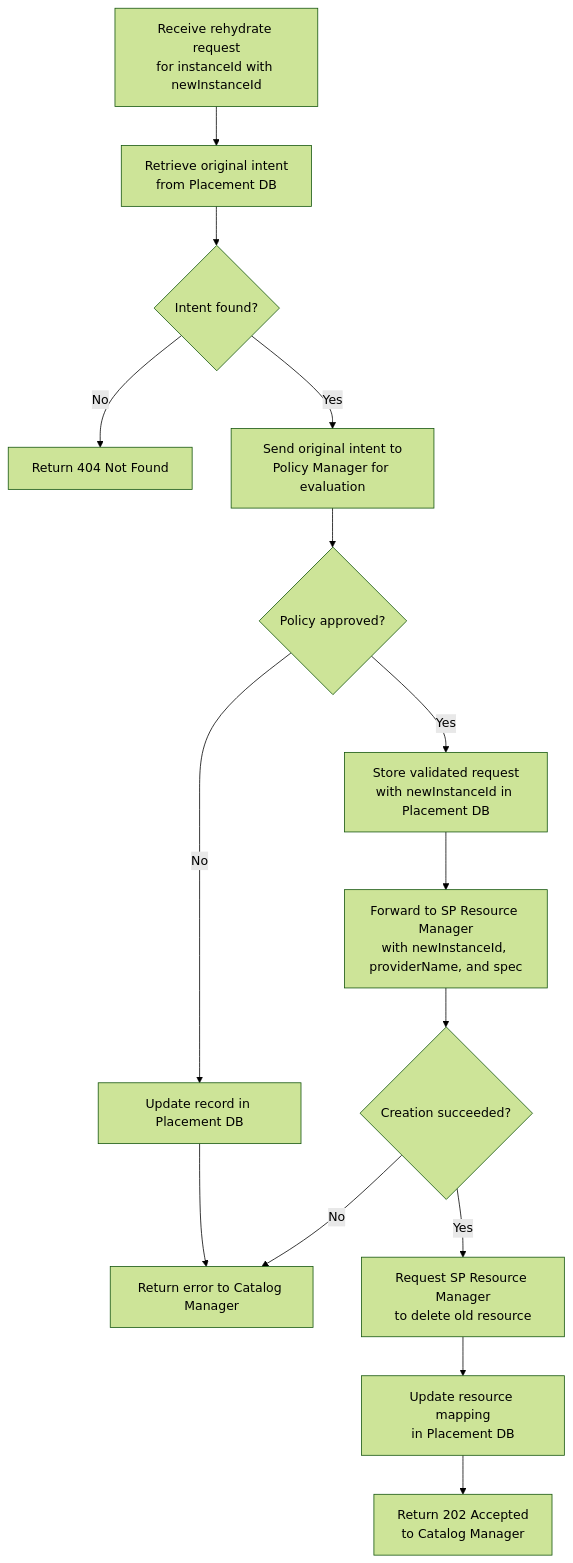
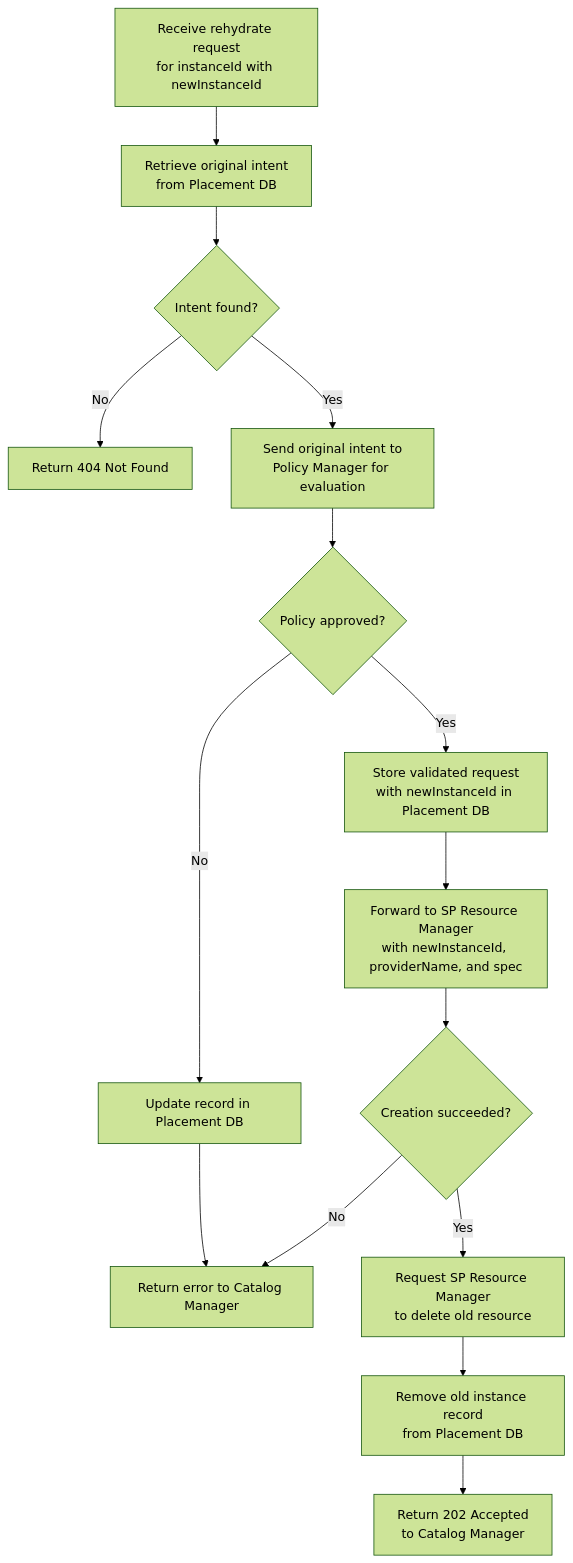
One commit to dcm-project/enhancements changed the fourth of 4 diagrams in enhancements/rehydration-flow/rehydration-flow.md. Above: the diagram before and after it, drawn with Mermaid (forest theme). The commit also changed other lines of this file, not shown here.

First line of the commit message:
docs(rehydration-flow): fix end-of-flow: PM removes old record, CM updates reference

````diff
--- a/enhancements/rehydration-flow/rehydration-flow.md
+++ b/enhancements/rehydration-flow/rehydration-flow.md
@@ -369,17 +371,17 @@
 ```mermaid
 flowchart TD
     A[Receive rehydrate request<br/>for instanceId with newInstanceId] --> B[Retrieve original intent<br/>from Placement DB]
     B --> C{Intent found?}
     C -->|No| D[Return 404 Not Found]
     C -->|Yes| F[Send original intent to<br/>Policy Manager for evaluation]
     F --> G{Policy approved?}
     G -->|No| H[Update record in Placement DB]
     H --> I[Return error to Catalog Manager]
     G -->|Yes| J[Store validated request<br/>with newInstanceId in Placement DB]
     J --> K[Forward to SP Resource Manager<br/>with newInstanceId, providerName, and spec]
     K --> L{Creation succeeded?}
     L -->|No| I
     L -->|Yes| M[Request SP Resource Manager<br/>to delete old resource]
-    M --> N[Update resource mapping<br/>in Placement DB]
+    M --> N[Remove old instance record<br/>from Placement DB]
     N --> O[Return 202 Accepted<br/>to Catalog Manager]
 ```
````
